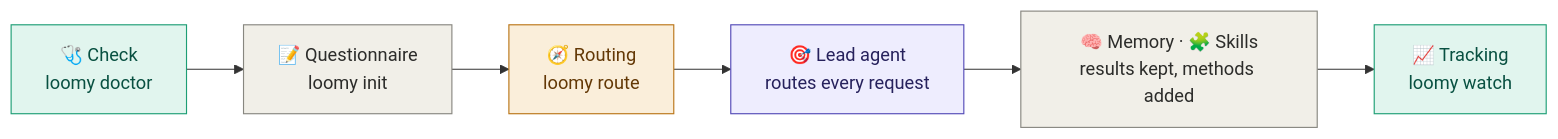
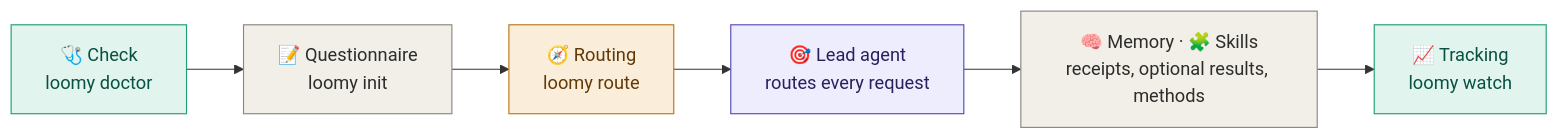
The first of 2 diagrams in README.md (Eydenn/loomy), drawn with Mermaid before and after one commit. The commit also changed other lines of this file and 10 other files, not shown here.

````diff
--- a/README.md
+++ b/README.md
@@ -177,12 +177,12 @@
 ```mermaid
 flowchart LR
   A["🩺 Check<br/>loomy doctor"]:::check --> B["📝 Questionnaire<br/>loomy init"]:::step
   B --> C["🧭 Routing<br/>loomy route"]:::route
   C --> D["🎯 Lead agent<br/>routes every request"]:::lead
-  D --> E["🧠 Memory · 🧩 Skills<br/>results kept, methods added"]:::step
+  D --> E["🧠 Memory · 🧩 Skills<br/>receipts, optional results, methods"]:::step
   E --> F["📈 Tracking<br/>loomy watch"]:::check
   classDef step fill:#F1EFE8,stroke:#888780,color:#2C2C2A
   classDef check fill:#E1F5EE,stroke:#1D9E75,color:#085041
   classDef route fill:#FAEEDA,stroke:#BA7517,color:#633806
   classDef lead fill:#EEEDFE,stroke:#534AB7,color:#26215C
 ```
````
